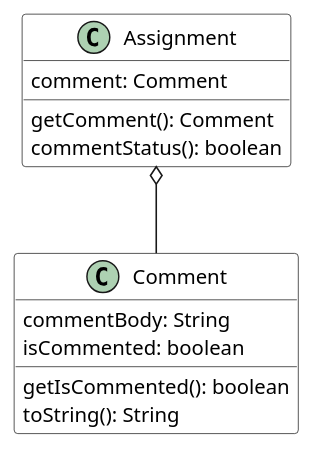
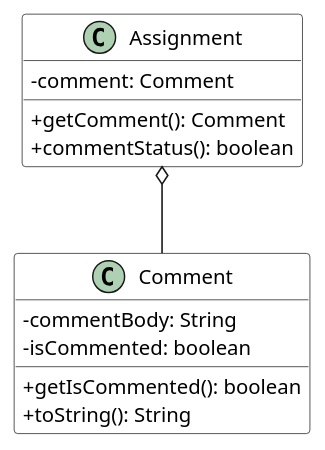
One commit to raydenlim/tp changed the diagram in docs/diagrams/CommentClass.puml. Above: the diagram before and after it, drawn with PlantUML. The commit also changed 3 other files, not shown here.

Commit message:
Update UML diagram

```diff
--- a/docs/diagrams/CommentClass.puml
+++ b/docs/diagrams/CommentClass.puml
@@ -1,21 +1,20 @@
 @startuml
 skinparam arrowThickness 1.1
 skinparam classBackgroundColor LOGIC_COLOR
+skinparam classAttributeIconSize 0
 
 Assignment o-- Comment
 
 class Assignment {
-comment: Comment
-getComment(): Comment
-commentStatus(): boolean
+-comment: Comment
++getComment(): Comment
++commentStatus(): boolean
 }
 
 class Comment {
-commentBody: String
-isCommented: boolean
-getIsCommented(): boolean
-toString(): String
+-commentBody: String
+-isCommented: boolean
++getIsCommented(): boolean
++toString(): String
 }
-
-
 @enduml
```
